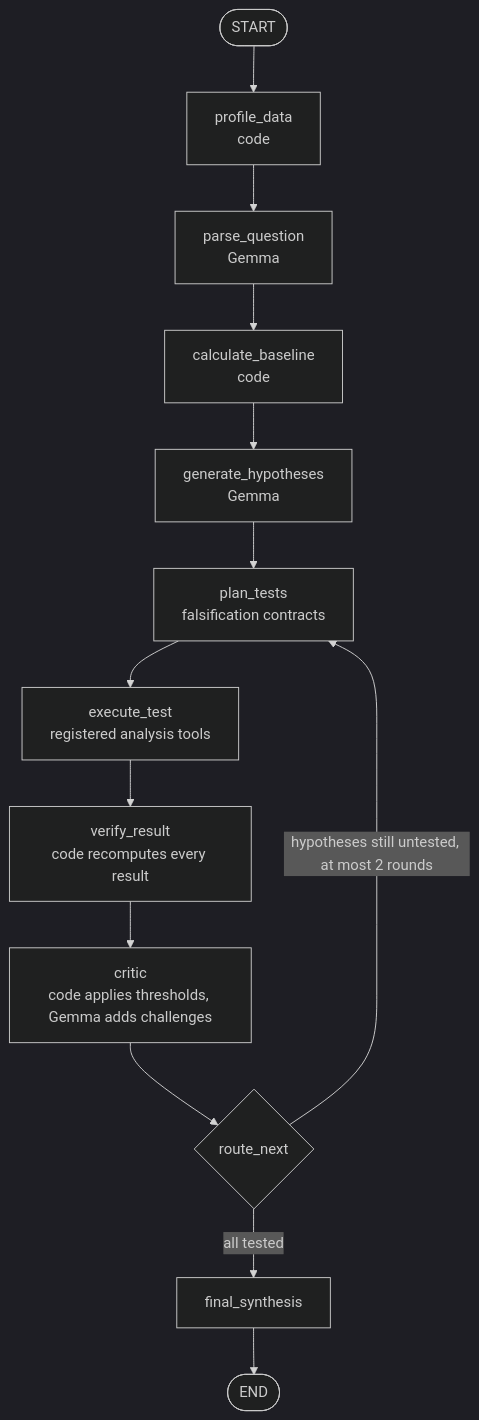
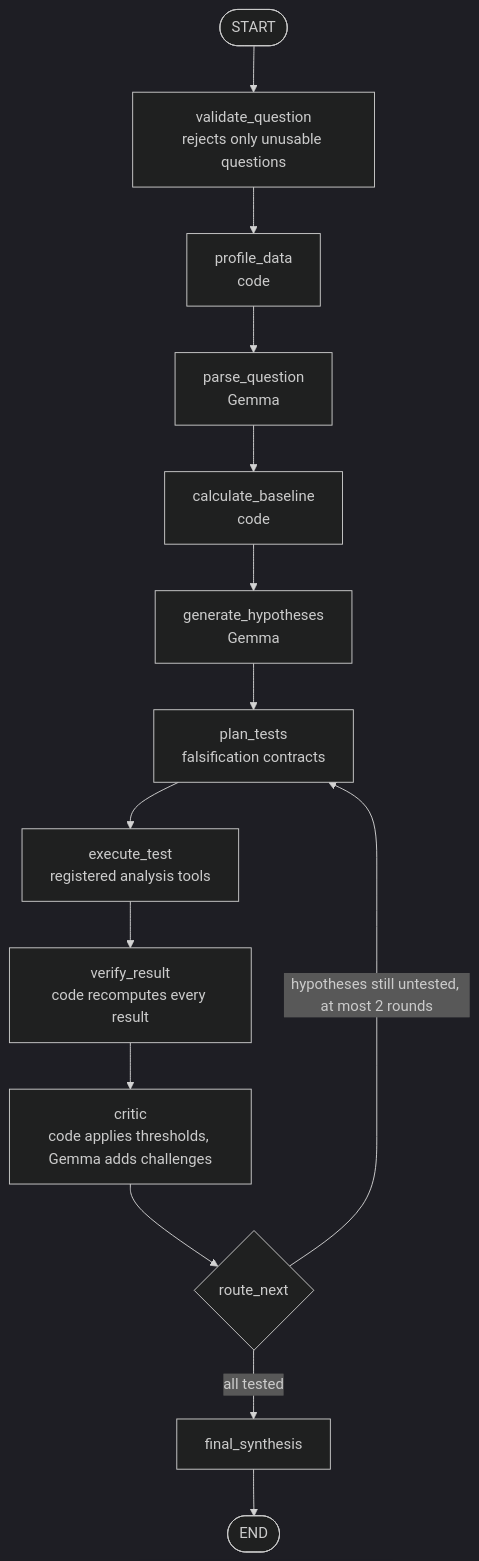
Before and after one commit to whatsyourname909/hacktoberfest_-hack-day-coimbatore-x-init-club-and-idea-club: the diagram in README.md, drawn with Mermaid (dark theme). The commit also changed other lines of this file and 15 other files, not shown here.

````diff
--- a/README.md
+++ b/README.md
@@ -51,15 +51,16 @@
 ```mermaid
 flowchart TD
-    S([START]) --> A[profile_data<br/>code]
+    S([START]) --> Q[validate_question<br/>rejects only unusable questions]
+    Q --> A[profile_data<br/>code]
     A --> B[parse_question<br/>Gemma]
     B --> C[calculate_baseline<br/>code]
     C --> D[generate_hypotheses<br/>Gemma]
     D --> E[plan_tests<br/>falsification contracts]
     E --> F[execute_test<br/>registered analysis tools]
     F --> G[verify_result<br/>code recomputes every result]
     G --> H[critic<br/>code applies thresholds, Gemma adds challenges]
     H --> R{route_next}
     R -->|hypotheses still untested, at most 2 rounds| E
     R -->|all tested| I[final_synthesis]
     I --> Z([END])
 ```
````
